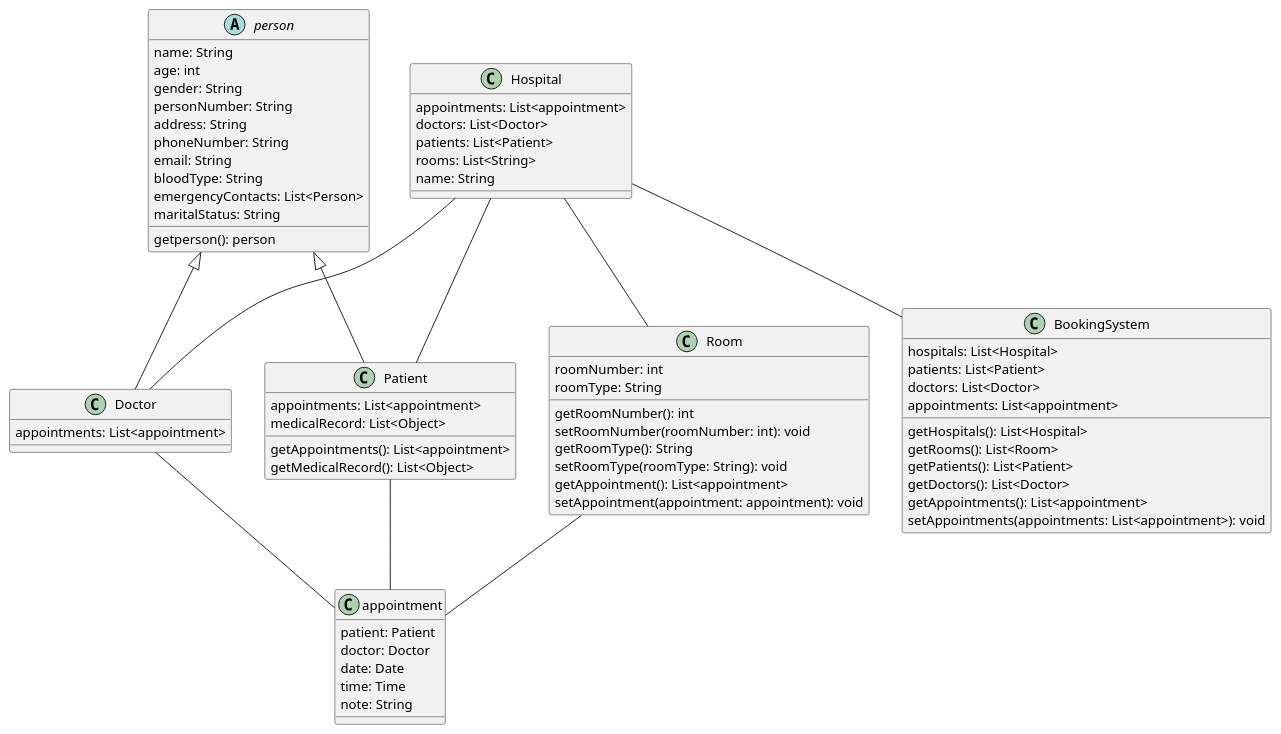
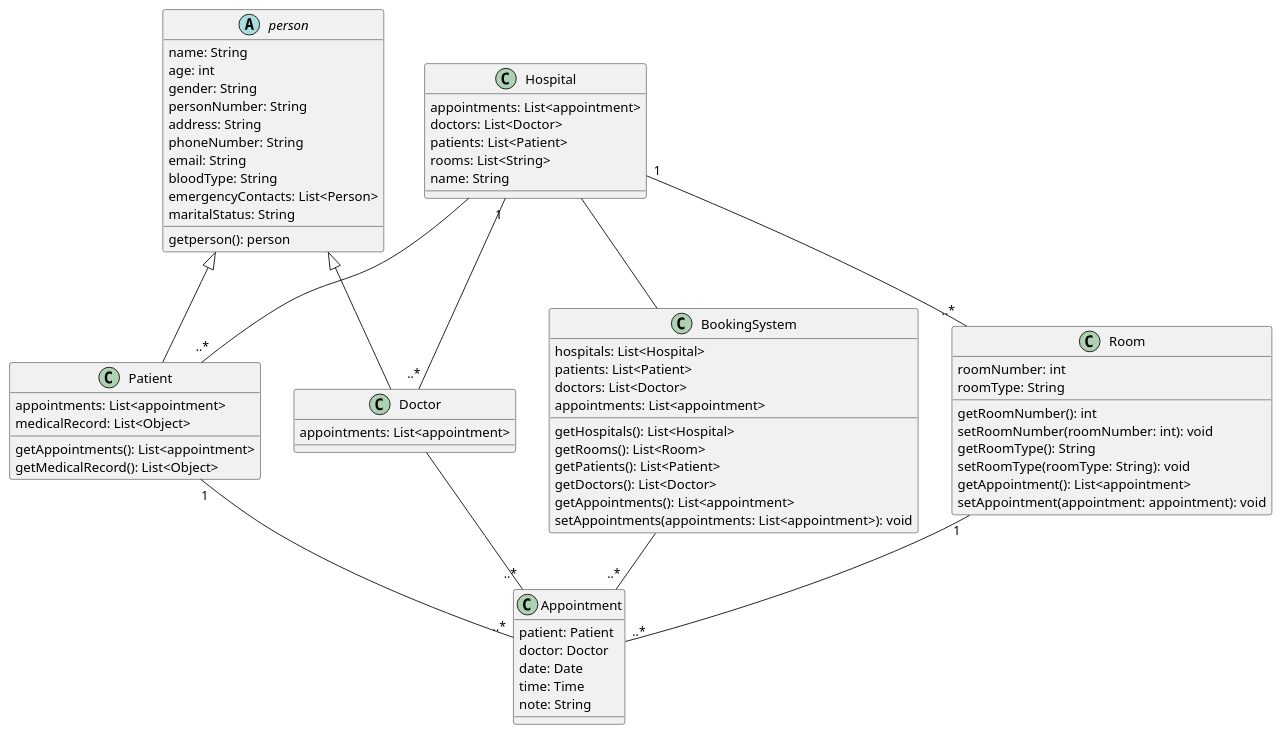
One commit to MrNegnar/hospitalBookingManagerModule changed the diagram in diagrams/classDiagram.puml. Above: the diagram before and after it, drawn with PlantUML. The commit also changed 2 other files, not shown here.

```diff
--- a/diagrams/classDiagram.puml
+++ b/diagrams/classDiagram.puml
@@ -1,77 +1,77 @@
 @startuml Booking system class diagram
 
 abstract class person {
   name: String
   age: int
   gender: String
   personNumber: String
   address: String
   phoneNumber: String
   email: String
   bloodType: String
   emergencyContacts: List<Person>
   maritalStatus: String
   getperson(): person
 }
 
 class Patient extends person {
   appointments: List<appointment>
   medicalRecord: List<Object>
   getAppointments(): List<appointment>
   getMedicalRecord(): List<Object>
 }
 
 class Doctor extends person {
   appointments: List<appointment>
 }
 
-class appointment {
+class Appointment {
   patient: Patient
   doctor: Doctor
   date: Date
   time: Time
   note: String
 }
 
 class Hospital {
   appointments: List<appointment>
   doctors: List<Doctor>
   patients: List<Patient>
   rooms: List<String>
   name: String
 }
 
 class BookingSystem {
   hospitals: List<Hospital>
   patients: List<Patient>
   doctors: List<Doctor>
   appointments: List<appointment>
   getHospitals(): List<Hospital>
   getRooms(): List<Room>
   getPatients(): List<Patient>
   getDoctors(): List<Doctor>
   getAppointments(): List<appointment>
   setAppointments(appointments: List<appointment>): void
 }
 
 class Room {
   roomNumber: int
   roomType: String
   getRoomNumber(): int
   setRoomNumber(roomNumber: int): void
   getRoomType(): String
   setRoomType(roomType: String): void
   getAppointment(): List<appointment>
   setAppointment(appointment: appointment): void
 }
 
-Hospital -- Room
-Hospital -- Doctor
-Hospital -- Patient
-Patient -- appointment
-Doctor -- appointment
-Room -- appointment
+Hospital "1" -- "..*" Room
+Hospital "1" -- "..*" Doctor
+Hospital -- "..*" Patient
+Patient "1" -- "..*" Appointment
+Doctor -- "..*" Appointment
+Room "1" -- "..*" Appointment
 Hospital -- BookingSystem
-
+BookingSystem -- "..*" Appointment
 
 @enduml
```
